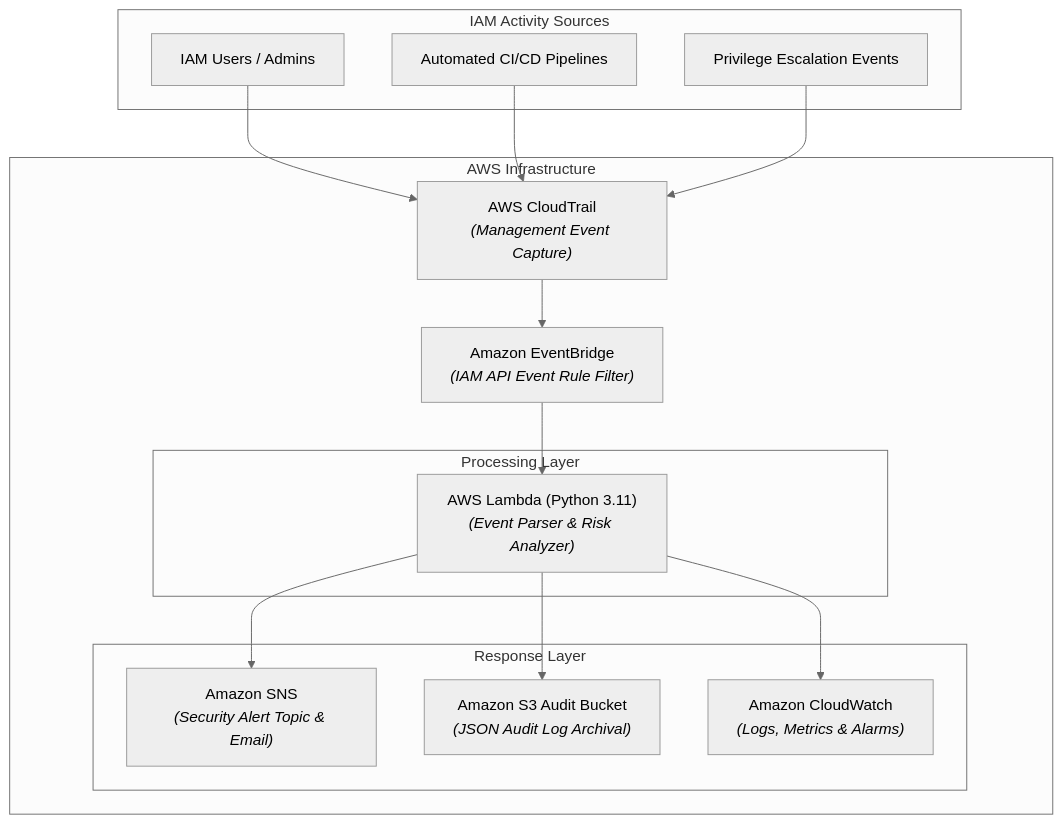
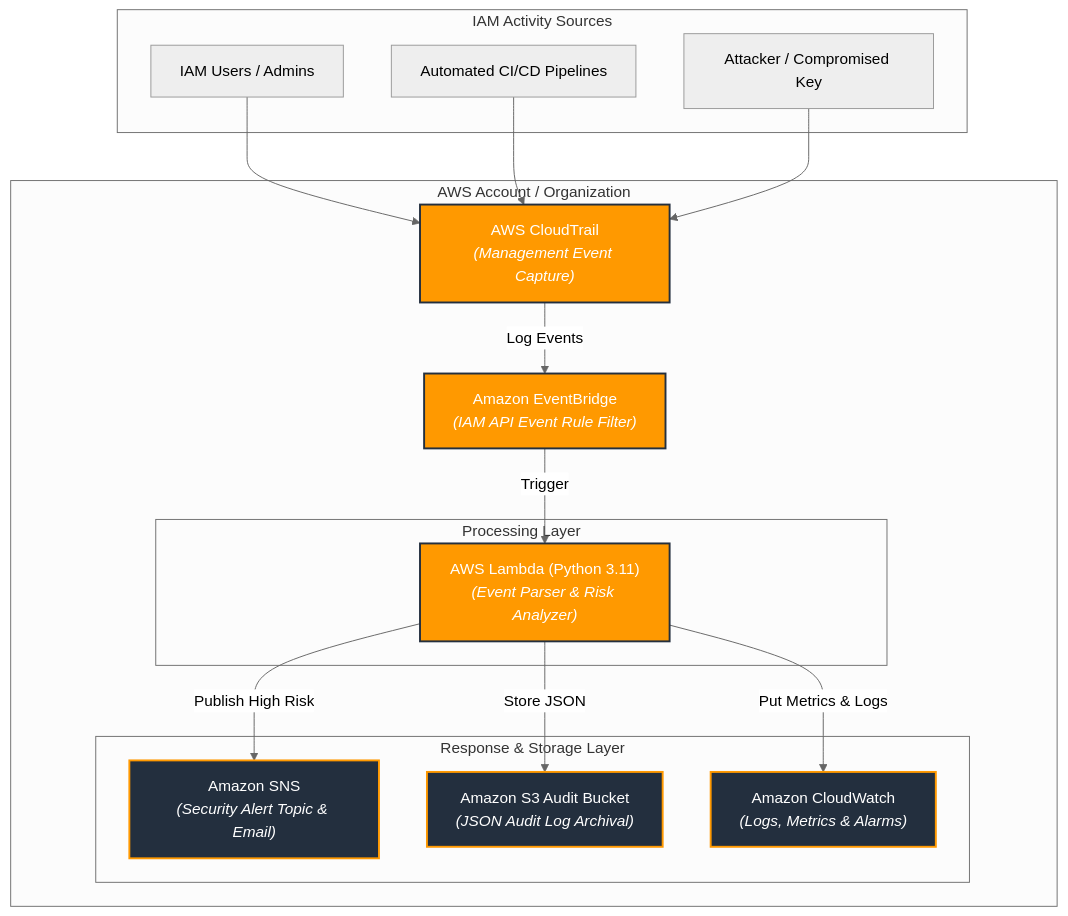
One commit to ZouariOmar/aws-iam-monitor changed the diagram in docapi/source/about/architecture.rst. Above: the diagram before and after it, drawn with Mermaid (neutral theme). The commit also changed other lines of this file and 10 other files, not shown here.

```diff
--- a/docapi/source/about/architecture.rst
+++ b/docapi/source/about/architecture.rst
@@ -9,34 +9,39 @@
 .. mermaid::
 
   flowchart TD
-    subgraph IAM_Sources["IAM Activity Sources"]
+    subgraph IAM_Events["IAM Activity Sources"]
         A1["IAM Users / Admins"]
         A2["Automated CI/CD Pipelines"]
-        A3["Privilege Escalation Events"]
+        A3["Attacker / Compromised Key"]
     end
 
-    subgraph AWS_Account["AWS Infrastructure"]
+    subgraph AWS_Account["AWS Account / Organization"]
         B["AWS CloudTrail<br/><i>(Management Event Capture)</i>"]
         C["Amazon EventBridge<br/><i>(IAM API Event Rule Filter)</i>"]
 
         subgraph Serverless_Processing["Processing Layer"]
             D["AWS Lambda (Python 3.11)<br/><i>(Event Parser & Risk Analyzer)</i>"]
         end
 
-        subgraph Output_Layer["Response Layer"]
+        subgraph Output_Layer["Response & Storage Layer"]
             E["Amazon SNS<br/><i>(Security Alert Topic & Email)</i>"]
             F["Amazon S3 Audit Bucket<br/><i>(JSON Audit Log Archival)</i>"]
             G["Amazon CloudWatch<br/><i>(Logs, Metrics & Alarms)</i>"]
         end
     end
 
     A1 --> B
     A2 --> B
     A3 --> B
 
-    B --> C
-    C --> D
+    B -->|Log Events| C
+    C -->|Trigger| D
 
-    D --> E
-    D --> F
-    D --> G
+    D -->|Publish High Risk| E
+    D -->|Store JSON| F
+    D -->|Put Metrics & Logs| G
+
+    classDef aws fill:#FF9900,color:#fff,stroke:#232F3E,stroke-width:2px;
+    classDef service fill:#232F3E,color:#fff,stroke:#FF9900,stroke-width:2px;
+    class B,C,D aws;
+    class E,F,G service;
```
